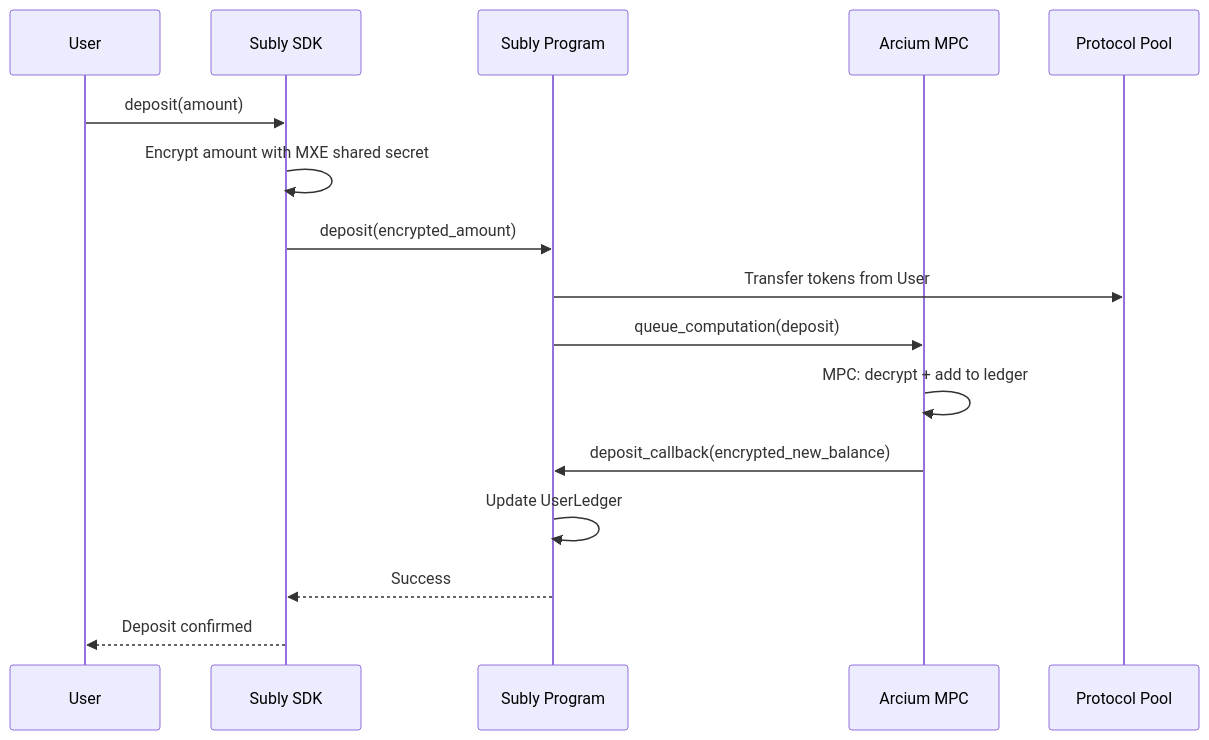
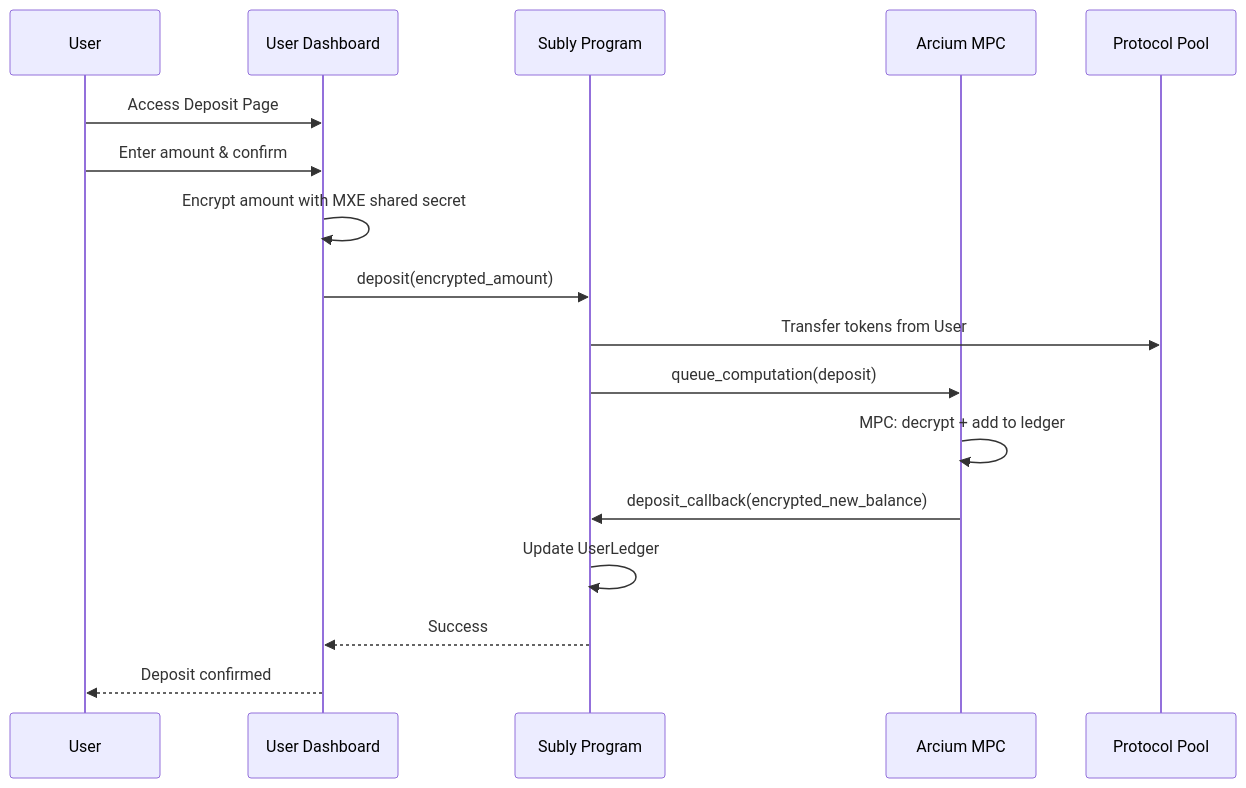
Before and after one commit to SublyFi/subly: the third of 7 diagrams in privacy_subscriptions/docs/functional-design.md, drawn with Mermaid. The commit also changed other lines of this file, not shown here.

Commit message:
feat: Enhance privacy by encrypting subscription plan and related fields in UserSubscription and MerchantLedger

````diff
--- a/privacy_subscriptions/docs/functional-design.md
+++ b/privacy_subscriptions/docs/functional-design.md
@@ -345,19 +440,20 @@
 ```mermaid
 sequenceDiagram
     participant U as User
-    participant SDK as Subly SDK
+    participant UI as User Dashboard
     participant Program as Subly Program
     participant Arcium as Arcium MPC
     participant Pool as Protocol Pool
 
-    U->>SDK: deposit(amount)
-    SDK->>SDK: Encrypt amount with MXE shared secret
-    SDK->>Program: deposit(encrypted_amount)
+    U->>UI: Access Deposit Page
+    U->>UI: Enter amount & confirm
+    UI->>UI: Encrypt amount with MXE shared secret
+    UI->>Program: deposit(encrypted_amount)
     Program->>Pool: Transfer tokens from User
     Program->>Arcium: queue_computation(deposit)
     Arcium->>Arcium: MPC: decrypt + add to ledger
     Arcium->>Program: deposit_callback(encrypted_new_balance)
     Program->>Program: Update UserLedger
-    Program-->>SDK: Success
-    SDK-->>U: Deposit confirmed
+    Program-->>UI: Success
+    UI-->>U: Deposit confirmed
 ```
````
